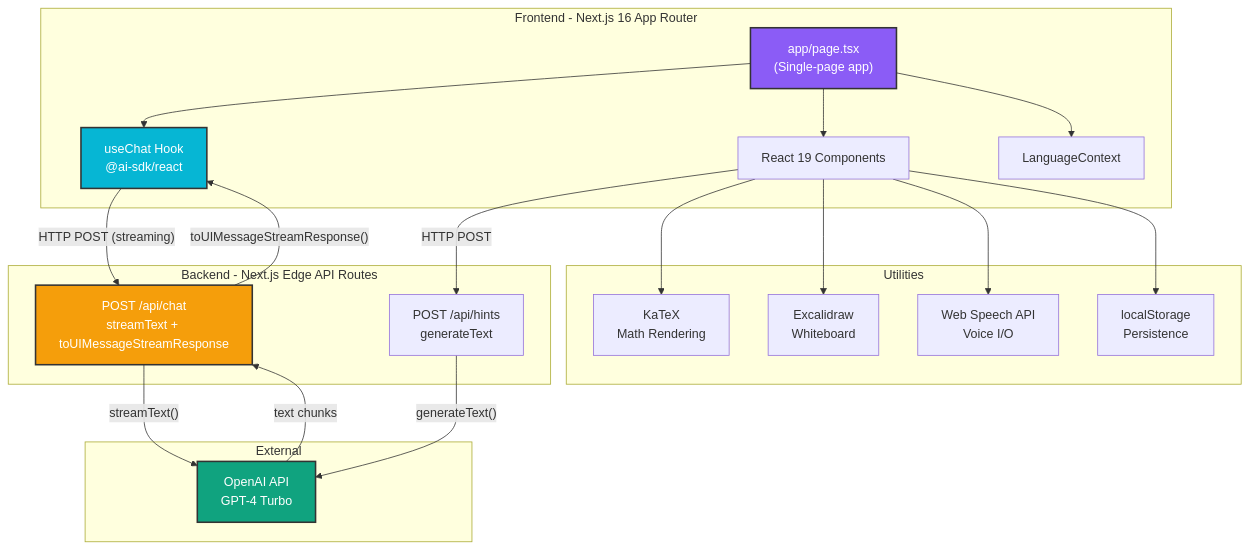
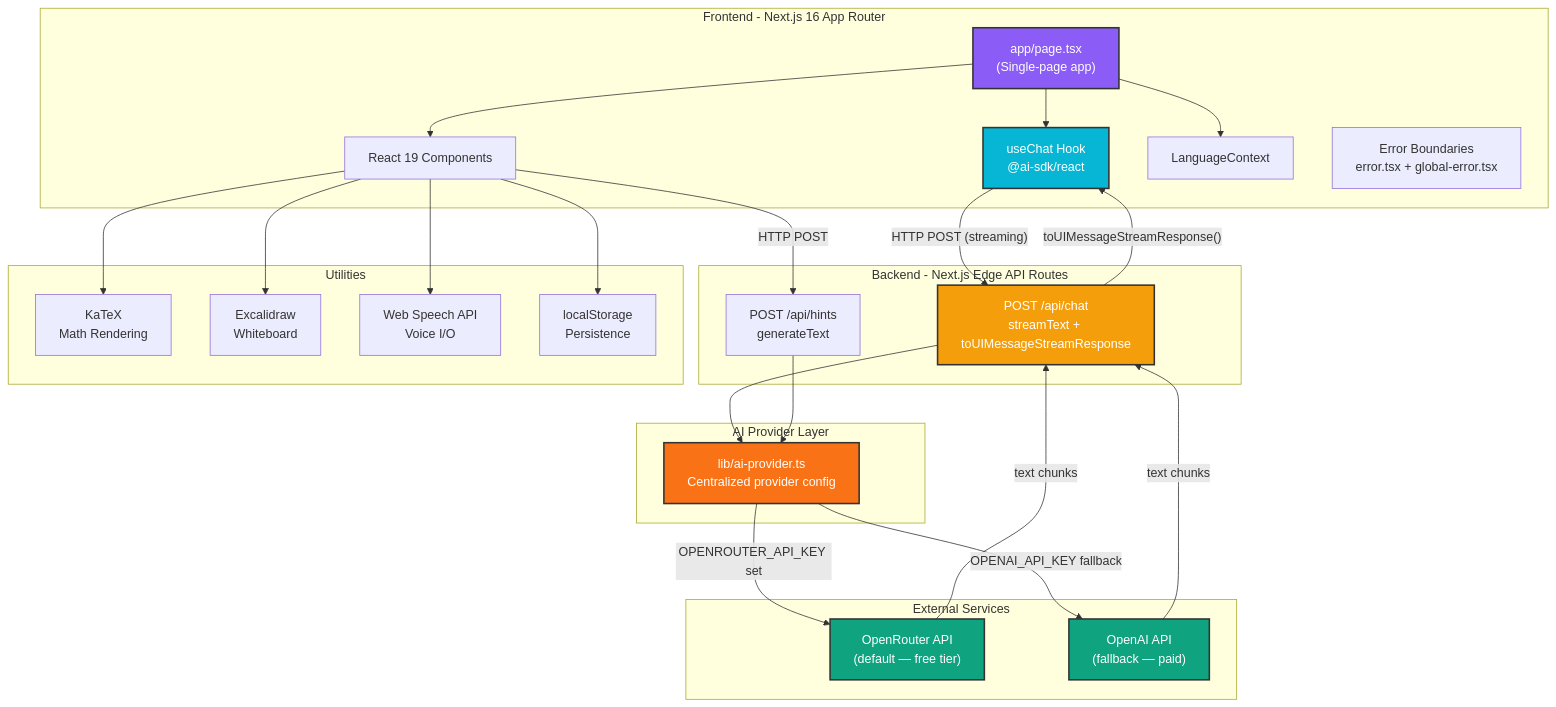
Before and after one commit to Rhoahndur/Gandalf: the first of 18 diagrams in architecture.md, drawn with Mermaid. The commit also changed other lines of this file and 1 other file, not shown here.

````diff
--- a/architecture.md
+++ b/architecture.md
@@ -26,44 +30,55 @@
 ```mermaid
 graph TB
     subgraph "Frontend - Next.js 16 App Router"
         Page["app/page.tsx<br/>(Single-page app)"]
         UseChat["useChat Hook<br/>@ai-sdk/react"]
         Components["React 19 Components"]
         Context["LanguageContext"]
+        ErrorBoundary["Error Boundaries<br/>error.tsx + global-error.tsx"]
     end
 
     subgraph "Backend - Next.js Edge API Routes"
         ChatAPI["POST /api/chat<br/>streamText + toUIMessageStreamResponse"]
         HintsAPI["POST /api/hints<br/>generateText"]
+    end
+
+    subgraph "AI Provider Layer"
+        AIProvider["lib/ai-provider.ts<br/>Centralized provider config"]
     end
 
     subgraph "Utilities"
         KaTeX["KaTeX<br/>Math Rendering"]
         Excalidraw["Excalidraw<br/>Whiteboard"]
         WebSpeech["Web Speech API<br/>Voice I/O"]
         Storage["localStorage<br/>Persistence"]
     end
 
-    subgraph "External"
-        OpenAI["OpenAI API<br/>GPT-4 Turbo"]
+    subgraph "External Services"
+        OpenRouter["OpenRouter API<br/>(default — free tier)"]
+        OpenAI["OpenAI API<br/>(fallback — paid)"]
     end
 
     Page --> UseChat
     Page --> Components
     Page --> Context
     UseChat -->|"HTTP POST (streaming)"| ChatAPI
     Components -->|"HTTP POST"| HintsAPI
-    ChatAPI -->|"streamText()"| OpenAI
-    HintsAPI -->|"generateText()"| OpenAI
+    ChatAPI --> AIProvider
+    HintsAPI --> AIProvider
+    AIProvider -->|"OPENROUTER_API_KEY set"| OpenRouter
+    AIProvider -->|"OPENAI_API_KEY fallback"| OpenAI
+    OpenRouter -->|"text chunks"| ChatAPI
     OpenAI -->|"text chunks"| ChatAPI
     ChatAPI -->|"toUIMessageStreamResponse()"| UseChat
     Components --> KaTeX
     Components --> Excalidraw
     Components --> WebSpeech
     Components --> Storage
 
     style Page fill:#8b5cf6,stroke:#333,stroke-width:2px,color:#fff
     style UseChat fill:#06b6d4,stroke:#333,stroke-width:2px,color:#fff
+    style AIProvider fill:#f97316,stroke:#333,stroke-width:2px,color:#fff
+    style OpenRouter fill:#10a37f,stroke:#333,stroke-width:2px,color:#fff
     style OpenAI fill:#10a37f,stroke:#333,stroke-width:2px,color:#fff
     style ChatAPI fill:#f59e0b,stroke:#333,stroke-width:2px,color:#fff
 ```
````
